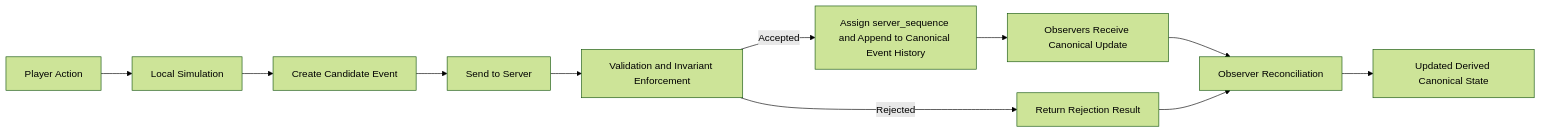
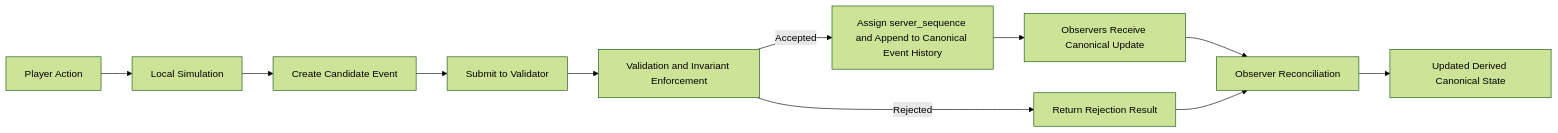
Before and after one commit to godofthunder101/crypsa-architecture: the diagram in diagrams/CrypSA_Event_Flow.md, drawn with Mermaid (forest theme). The commit also changed other lines of this file, not shown here.

Commit message:
Update event flow documentation for validator role

`````diff
--- a/diagrams/CrypSA_Event_Flow.md
+++ b/diagrams/CrypSA_Event_Flow.md
@@ -15,17 +15,17 @@
 ```mermaid
 flowchart LR
 
 A[Player Action] --> B[Local Simulation]
 B --> C[Create Candidate Event]
-C --> D[Send to Server]
+C --> D[Submit to Validator]
 
 D --> E[Validation and Invariant Enforcement]
 
 E -->|Accepted| F[Assign server_sequence and Append to Canonical Event History]
 E -->|Rejected| G[Return Rejection Result]
 
 F --> H[Observers Receive Canonical Update]
 H --> J[Observer Reconciliation]
 G --> J
 J --> K[Updated Derived Canonical State]
-````
+```
`````
